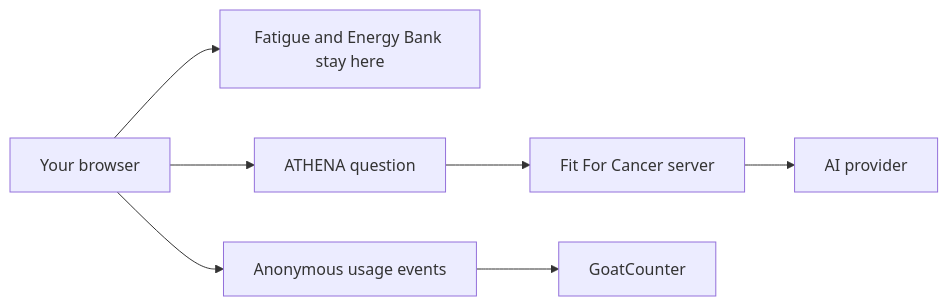
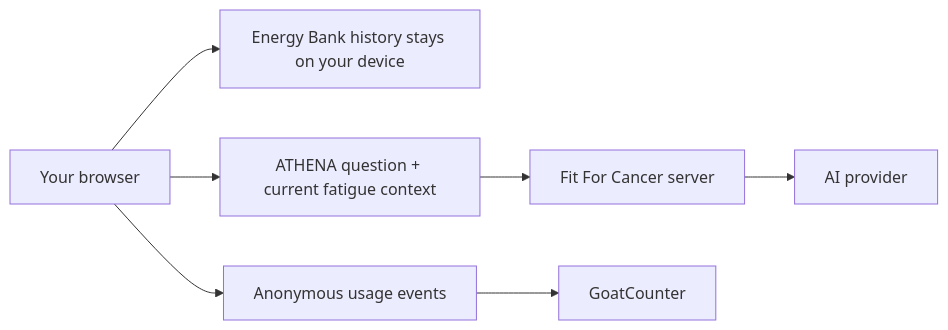
Before and after one commit to cre8tivoz/fitforcancer2.0: the second of 2 diagrams in docs/data-roadmap-page-scope.md, drawn with Mermaid. The commit also changed other lines of this file, not shown here.

Commit message:
docs: clarify ATHENA fatigue privacy boundary

````diff
--- a/docs/data-roadmap-page-scope.md
+++ b/docs/data-roadmap-page-scope.md
@@ -322,9 +322,9 @@
 ```mermaid
 flowchart LR
-    A[Your browser] --> B[Fatigue and Energy Bank stay here]
-    A --> C[ATHENA question]
+    A[Your browser] --> B[Energy Bank history stays on your device]
+    A --> C[ATHENA question + current fatigue context]
     C --> D[Fit For Cancer server]
     D --> E[AI provider]
     A --> F[Anonymous usage events]
     F --> G[GoatCounter]
 ```
````
